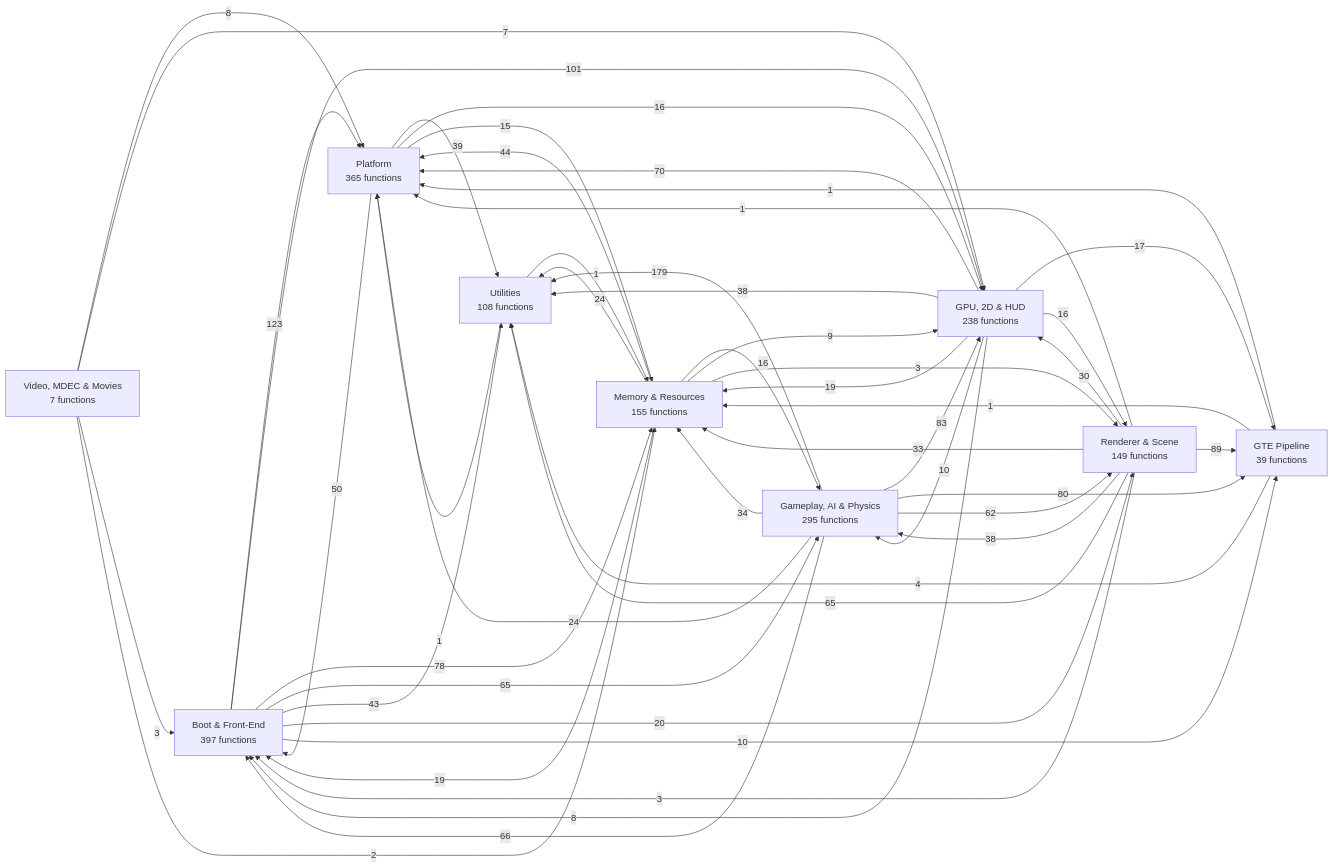
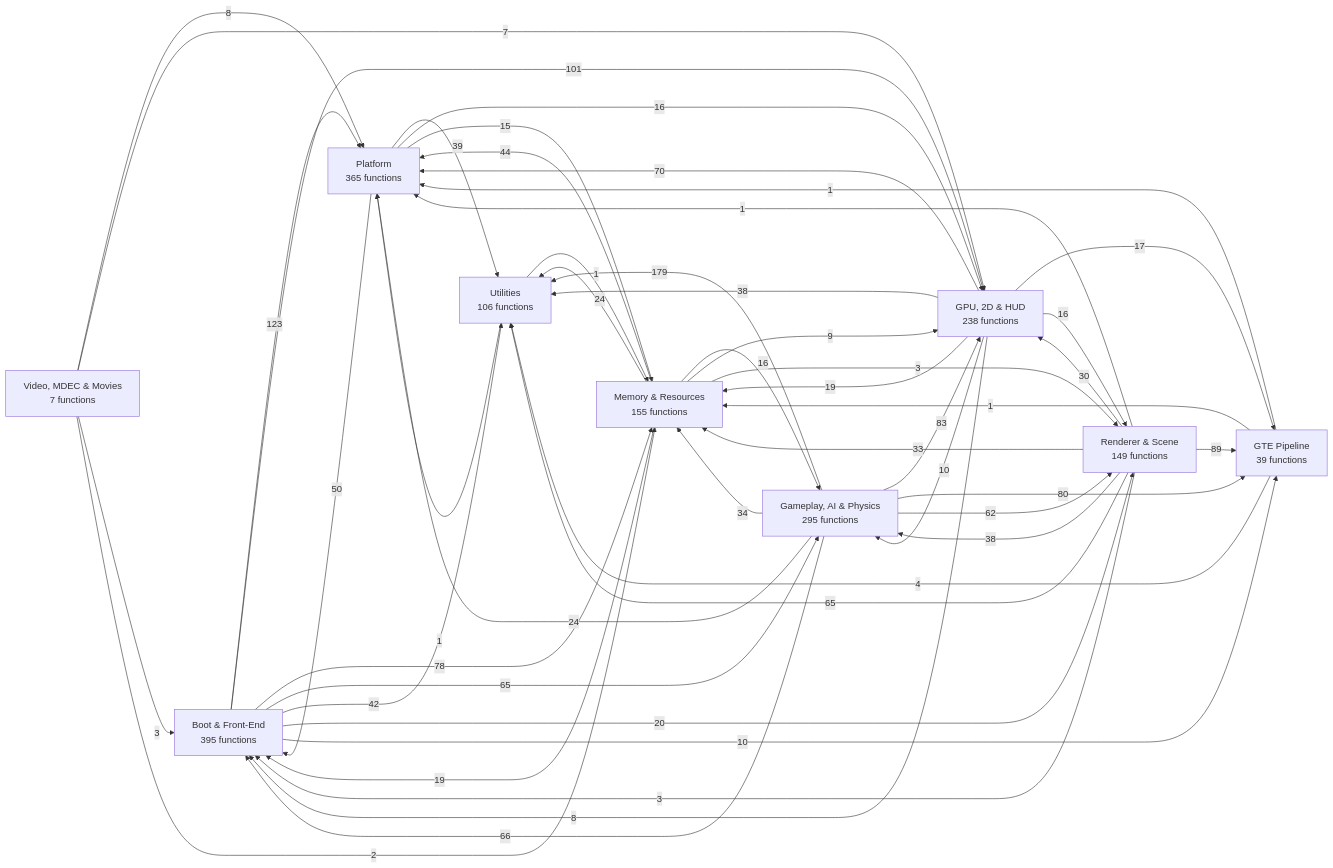
The first of 11 diagrams in docs/FUNCTION_MAP.md (kai-luni/Future-Cop-L.A.P.D-PS1), drawn with Mermaid before and after one commit. The commit also changed other lines of this file and 232 other files, not shown here.

````diff
--- a/docs/FUNCTION_MAP.md
+++ b/docs/FUNCTION_MAP.md
@@ -13,59 +13,59 @@
 ```mermaid
 graph LR
-    g0["Boot & Front-End<br/>397 functions"]
+    g0["Boot & Front-End<br/>395 functions"]
     g1["Memory & Resources<br/>155 functions"]
     g2["Video, MDEC & Movies<br/>7 functions"]
     g3["GTE Pipeline<br/>39 functions"]
     g4["Renderer & Scene<br/>149 functions"]
     g5["GPU, 2D & HUD<br/>238 functions"]
     g6["Gameplay, AI & Physics<br/>295 functions"]
     g7["Platform<br/>365 functions"]
-    g8["Utilities<br/>108 functions"]
+    g8["Utilities<br/>106 functions"]
     g6 -->|179| g8
     g0 -->|123| g7
     g0 -->|101| g5
     g4 -->|89| g3
     g6 -->|83| g5
     g6 -->|80| g3
     g0 -->|78| g1
     g5 -->|70| g7
     g6 -->|66| g0
     g0 -->|65| g6
     g4 -->|65| g8
     g6 -->|62| g4
     g7 -->|50| g0
     g1 -->|44| g7
-    g0 -->|43| g8
+    g0 -->|42| g8
     g7 -->|39| g8
     g5 -->|38| g8
     g4 -->|38| g6
     g6 -->|34| g1
     g4 -->|33| g1
     g4 -->|30| g5
     g6 -->|24| g7
     g1 -->|24| g8
     g0 -->|20| g4
     g5 -->|19| g1
     g1 -->|19| g0
     g5 -->|17| g3
     g5 -->|16| g4
     g1 -->|16| g6
     g7 -->|16| g5
     g7 -->|15| g1
     g0 -->|10| g3
     g5 -->|10| g6
     g1 -->|9| g5
     g5 -->|8| g0
     g2 -->|8| g7
     g2 -->|7| g5
     g3 -->|4| g8
     g1 -->|3| g4
     g4 -->|3| g0
     g2 -->|3| g0
     g2 -->|2| g1
     g3 -->|1| g1
     g3 -->|1| g7
     g4 -->|1| g7
     g8 -->|1| g1
     g8 -->|1| g7
 ```
````
